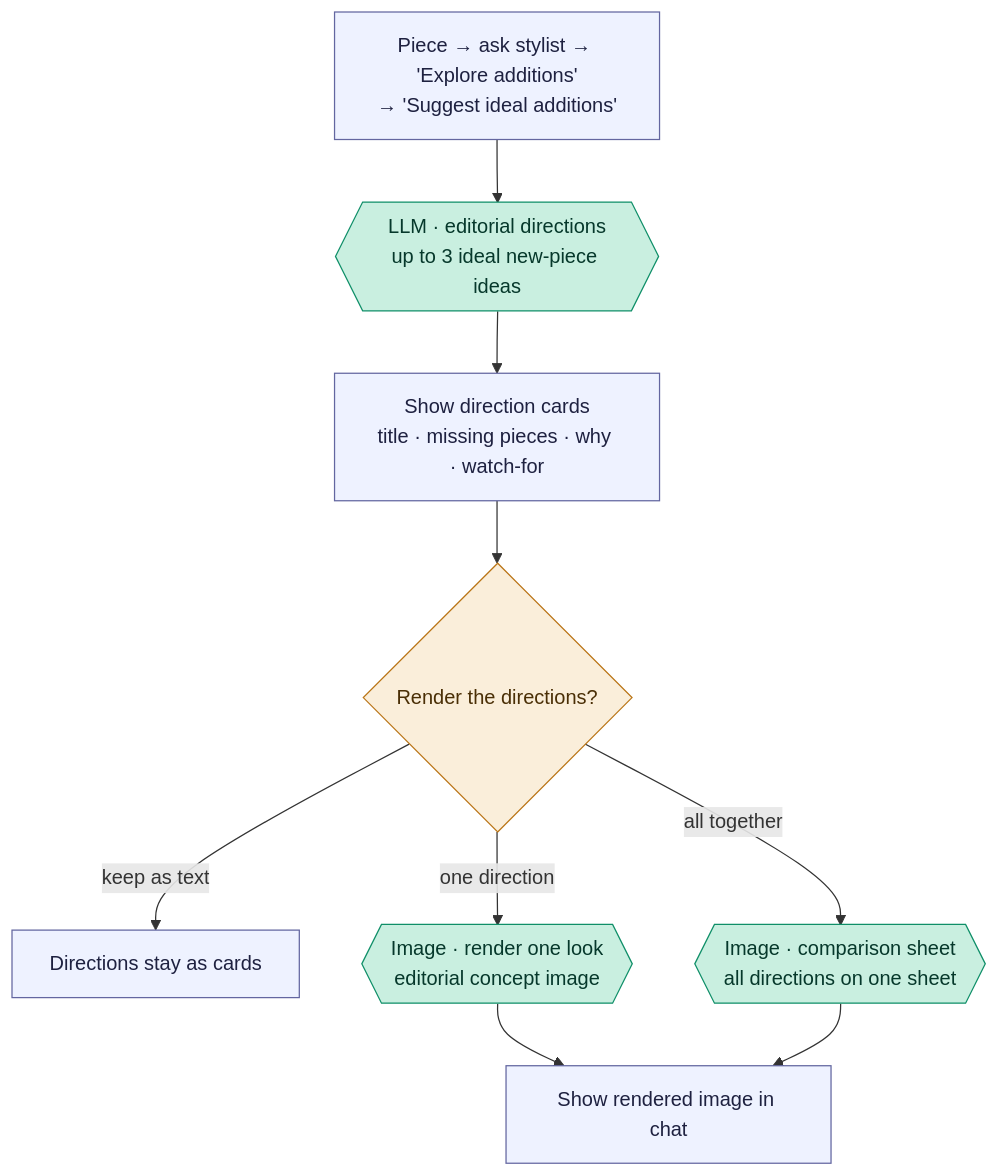
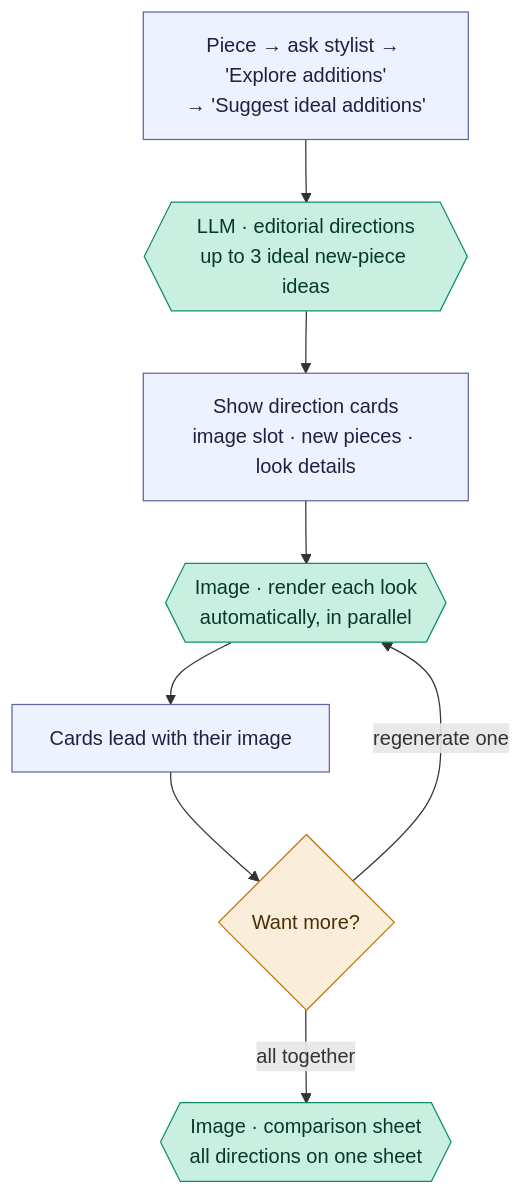
Before and after one commit to yunap/closet: the diagram in docs/flows/editorial-ideal-additions.md, drawn with Mermaid. The commit also changed other lines of this file and 4 other files, not shown here.

First line of the commit message:
Ideal pieces render every look automatically by default (#336)

````diff
--- a/docs/flows/editorial-ideal-additions.md
+++ b/docs/flows/editorial-ideal-additions.md
@@ -21,18 +21,17 @@
 ```mermaid
 flowchart TD
     A["Piece → ask stylist → 'Explore additions'<br/>→ 'Suggest ideal additions'"] --> P{{"LLM · editorial directions<br/>up to 3 ideal new-piece ideas"}}
-    P --> D["Show direction cards<br/>title · missing pieces · why · watch-for"]
-    D --> R{"Render the directions?"}
-    R -->|"keep as text"| T["Directions stay as cards"]
-    R -->|"one direction"| E{{"Image · render one look<br/>editorial concept image"}}
+    P --> D["Show direction cards<br/>image slot · new pieces · look details"]
+    D --> E{{"Image · render each look<br/>automatically, in parallel"}}
+    E --> OUT["Cards lead with their image"]
+    OUT --> R{"Want more?"}
+    R -->|"regenerate one"| E
     R -->|"all together"| S{{"Image · comparison sheet<br/>all directions on one sheet"}}
-    E --> OUT["Show rendered image in chat"]
-    S --> OUT
 
     classDef app fill:#eef2ff,stroke:#6366a0,color:#1e2140;
     classDef model fill:#c9efe0,stroke:#0f8f68,color:#06382b;
     classDef check fill:#faeeda,stroke:#ba7517,color:#4a2f06;
-    class A,D,T,OUT app;
+    class A,D,OUT app;
     class P,E,S model;
     class R check;
 ```
````
